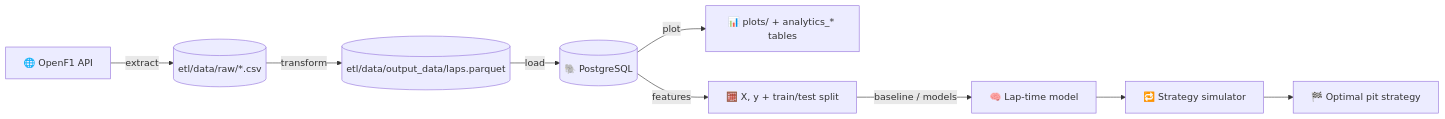
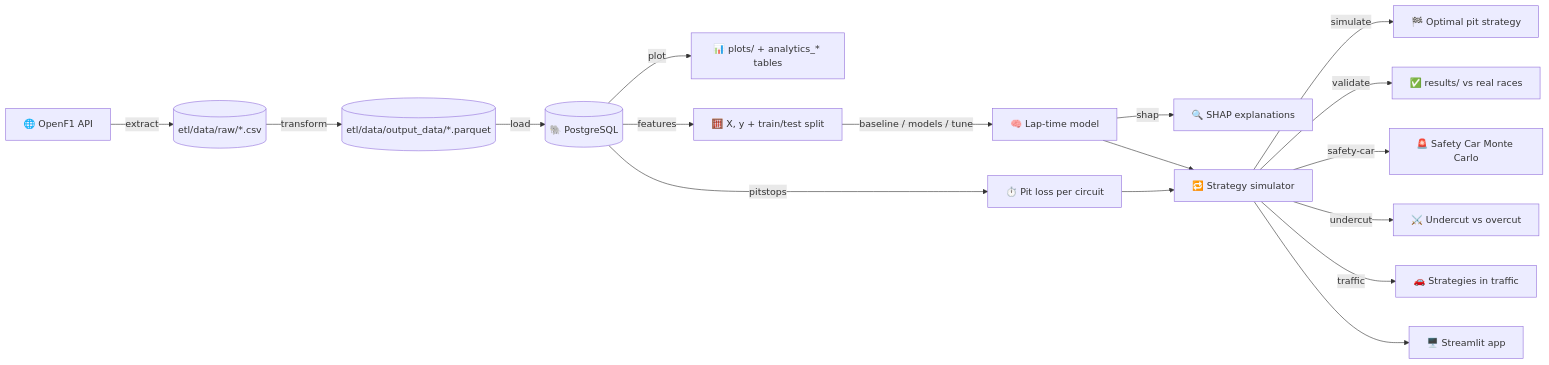
Before and after one commit to anabbarbosa/predictive_race_strategy: the diagram in README.md, drawn with Mermaid. The commit also changed other lines of this file, not shown here.

Commit message:
feat: update README with new data tables, simulation features, and installation instructions

````diff
--- a/README.md
+++ b/README.md
@@ -39,11 +39,19 @@
 ```mermaid
 flowchart LR
     A[🌐 OpenF1 API] -->|extract| B[(etl/data/raw/*.csv)]
-    B -->|transform| C[(etl/data/output_data/laps.parquet)]
+    B -->|transform| C[(etl/data/output_data/*.parquet)]
     C -->|load| D[(🐘 PostgreSQL)]
     D -->|plot| H[📊 plots/ + analytics_* tables]
     D -->|features| I[🧮 X, y + train/test split]
-    I -->|baseline / models| E[🧠 Lap-time model]
+    I -->|baseline / models / tune| E[🧠 Lap-time model]
+    D -->|pitstops| P[⏱️ Pit loss per circuit]
+    E -->|shap| X[🔍 SHAP explanations]
     E --> F[🔁 Strategy simulator]
-    F --> G[🏁 Optimal pit strategy]
+    P --> F
+    F -->|simulate| G[🏁 Optimal pit strategy]
+    F -->|validate| V[✅ results/ vs real races]
+    F -->|safety-car| S[🚨 Safety Car Monte Carlo]
+    F -->|undercut| U[⚔️ Undercut vs overcut]
+    F -->|traffic| T[🚗 Strategies in traffic]
+    F --> W[🖥️ Streamlit app]
 ```
````
